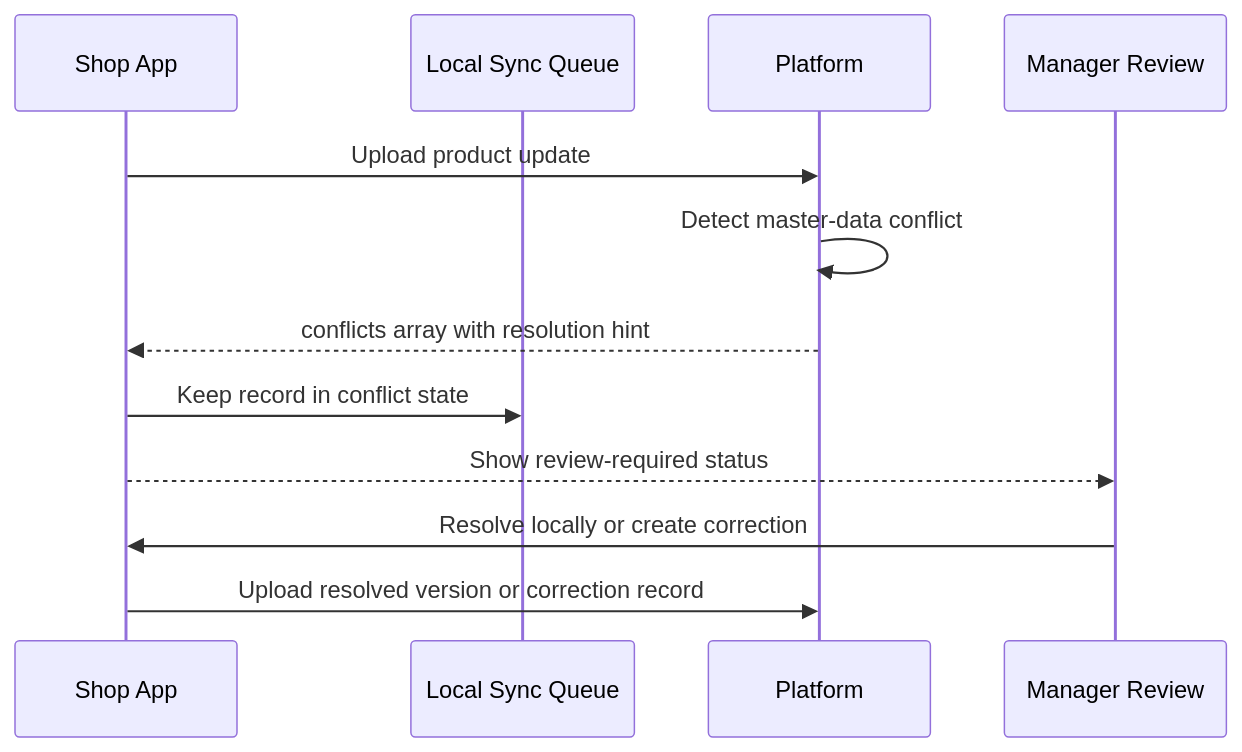
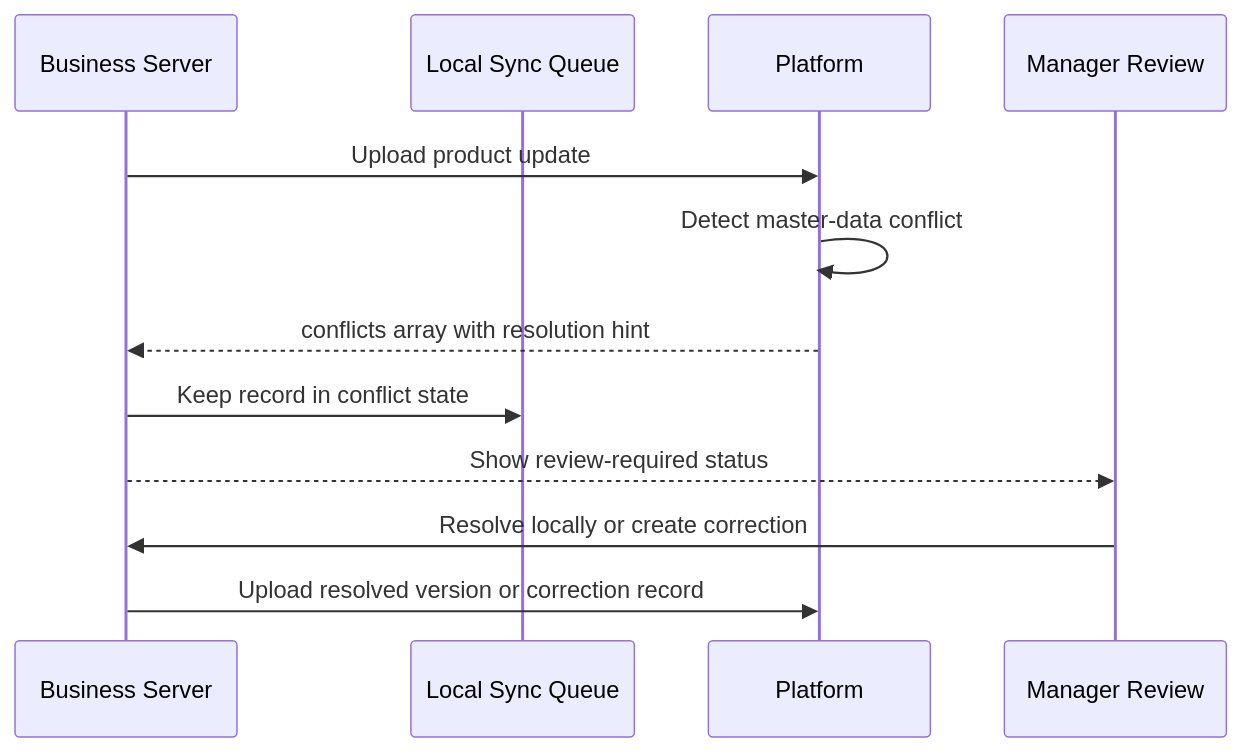
The diagram in docs/synchronization/conflict-resolution.md (labboisah/marketlens), drawn with Mermaid before and after one commit. The commit also changed other lines of this file and 379 other files, not shown here.

````diff
--- a/docs/synchronization/conflict-resolution.md
+++ b/docs/synchronization/conflict-resolution.md
@@ -104,15 +104,15 @@
 ```mermaid
 sequenceDiagram
-    participant Shop as Shop App
+    participant Shop as Business Server
     participant Queue as Local Sync Queue
     participant Platform as Platform
     participant Manager as Manager Review
 
     Shop->>Platform: Upload product update
     Platform->>Platform: Detect master-data conflict
     Platform-->>Shop: conflicts array with resolution hint
     Shop->>Queue: Keep record in conflict state
     Shop-->>Manager: Show review-required status
     Manager->>Shop: Resolve locally or create correction
     Shop->>Platform: Upload resolved version or correction record
 ```
````
